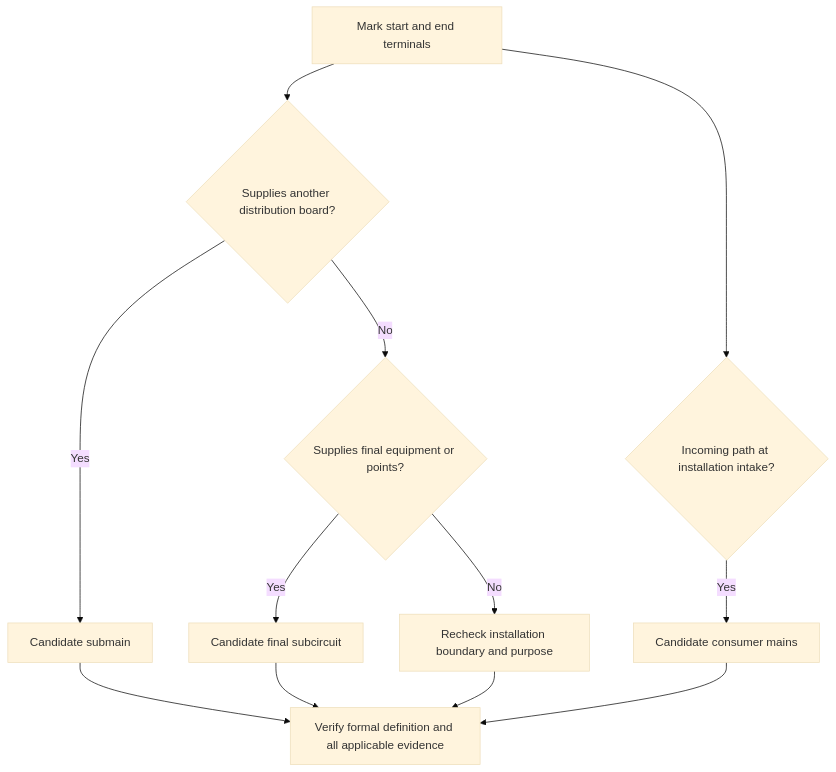
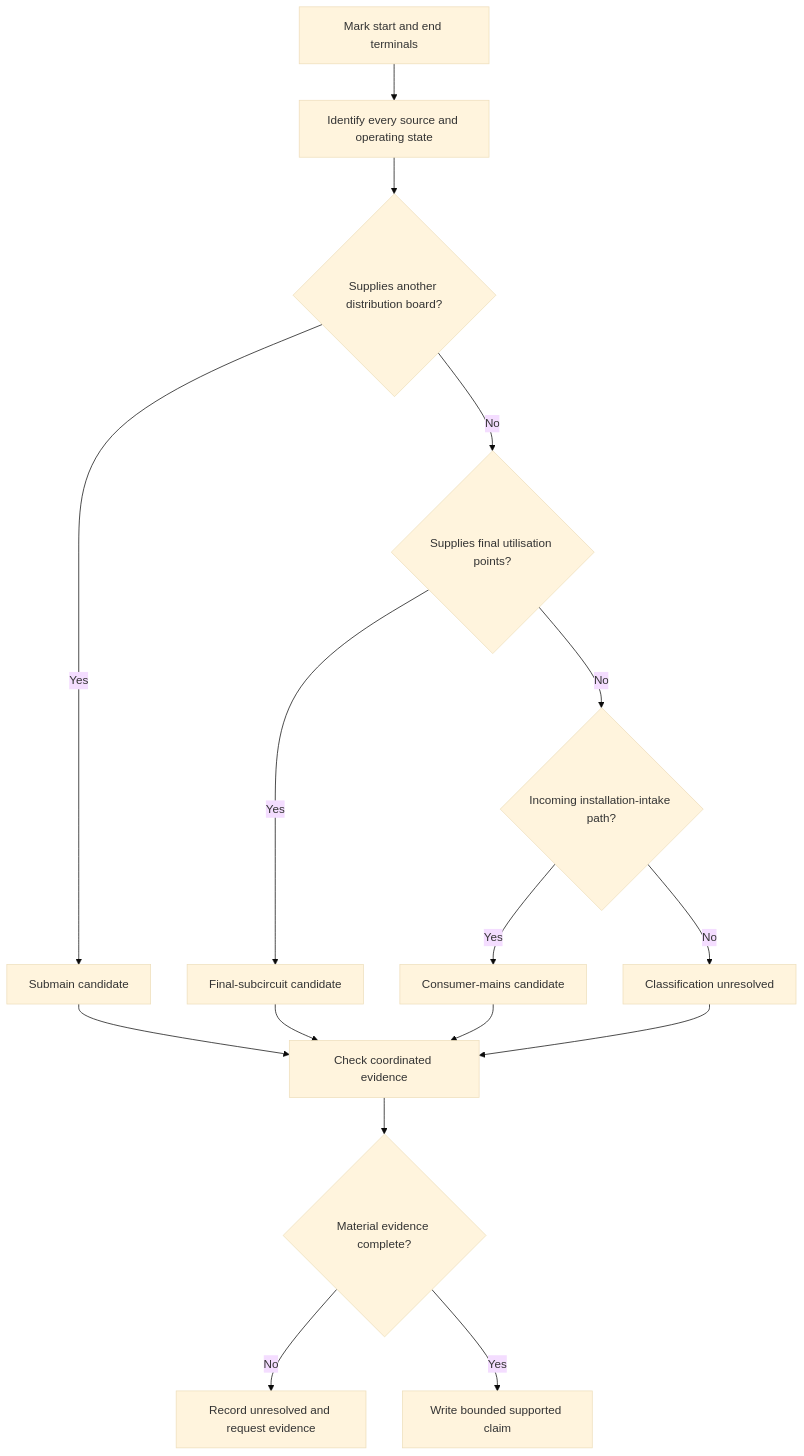
The first of 2 diagrams in docs/learning-plans/4-week/modules/day-16-consumer-mains-submains-and-final-subcircuits.md (andrew3stedall/capstone), drawn with Mermaid (base theme) before and after one commit. The commit also changed other lines of this file, not shown here.

Commit message:
Complete Day 16 quality-improvement pass

````diff
--- a/docs/learning-plans/4-week/modules/day-16-consumer-mains-submains-and-final-subcircuits.md
+++ b/docs/learning-plans/4-week/modules/day-16-consumer-mains-submains-and-final-subcircuits.md
@@ -119,14 +119,18 @@
 ```mermaid
 flowchart TD
-    A["Mark start and end terminals"] --> B{"Supplies another distribution board?"}
-    B -- Yes --> C["Candidate submain"]
-    B -- No --> D{"Supplies final equipment or points?"}
-    D -- Yes --> E["Candidate final subcircuit"]
-    D -- No --> F["Recheck installation boundary and purpose"]
-    A --> G{"Incoming path at installation intake?"}
-    G -- Yes --> H["Candidate consumer mains"]
-    C --> I["Verify formal definition and all applicable evidence"]
-    E --> I
-    H --> I
-    F --> I
+    A["Mark start and end terminals"] --> B["Identify every source and operating state"]
+    B --> C{"Supplies another distribution board?"}
+    C -->|"Yes"| D["Submain candidate"]
+    C -->|"No"| E{"Supplies final utilisation points?"}
+    E -->|"Yes"| F["Final-subcircuit candidate"]
+    E -->|"No"| G{"Incoming installation-intake path?"}
+    G -->|"Yes"| H["Consumer-mains candidate"]
+    G -->|"No"| I["Classification unresolved"]
+    D --> J["Check coordinated evidence"]
+    F --> J
+    H --> J
+    I --> J
+    J --> K{"Material evidence complete?"}
+    K -->|"No"| L["Record unresolved and request evidence"]
+    K -->|"Yes"| M["Write bounded supported claim"]
 ```
````
